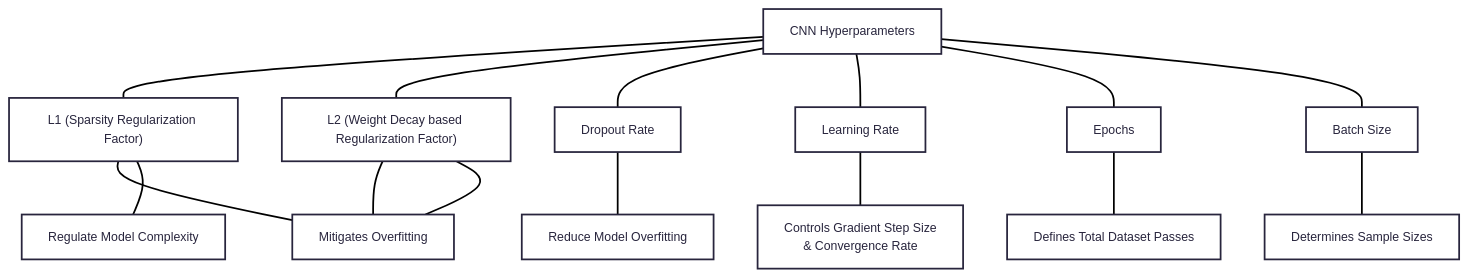
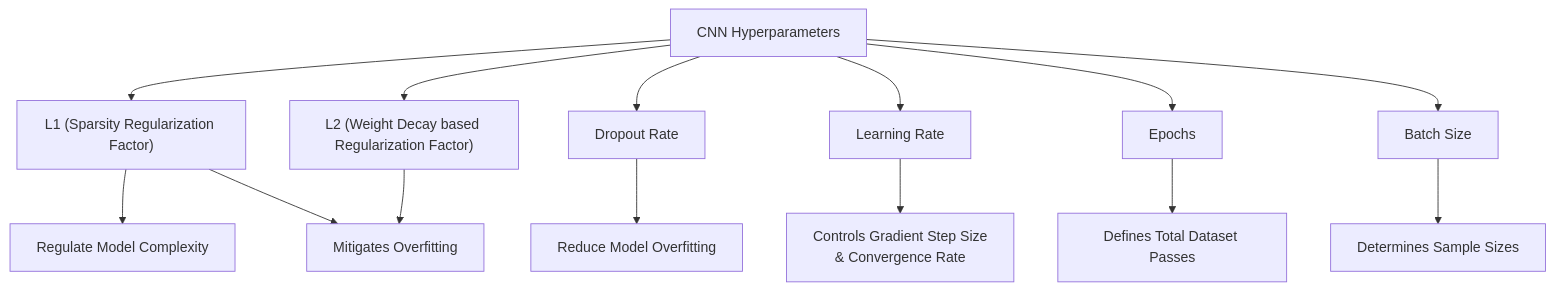
The diagram in Diagrams/CNN Hyperparameters.mmd (bruzz-bruzz/A-Review-on-Convolutional-Neural-Networks-CNN-in-Skin-Cancer-Diagnosis), drawn with Mermaid before and after one commit. The commit also changed 6 other files, not shown here.

```diff
--- a/Diagrams/CNN Hyperparameters.mmd
+++ b/Diagrams/CNN Hyperparameters.mmd
@@ -1,12 +1,15 @@
----
-config:
-  theme: redux
----
-flowchart TB
-    Root["CNN Hyperparameters"] --- A["L1 (Sparsity Regularization Factor)"] & B["L2 (Weight Decay based Regularization Factor)"] & C["Dropout Rate"] & D["Learning Rate"] & E["Epochs"] & F["Batch Size"]
-    A --- G["Mitigates Overfitting"] & H["Regulate Model Complexity"]
-    B --- G & G
-    F --- I["Determines Sample Sizes"]
-    C --- K["Reduce Model Overfitting"]
-    D --- L["Controls Gradient Step Size<br>& Convergence Rate"]
-    E --- P["Defines Total Dataset Passes"]
+graph TD
+    Root["CNN Hyperparameters"] --> L1["L1 (Sparsity Regularization Factor)"]
+    Root --> L2["L2 (Weight Decay based Regularization Factor)"]
+    Root --> Dropout["Dropout Rate"]
+    Root --> LR["Learning Rate"]
+    Root --> Epochs["Epochs"]
+    Root --> Batch["Batch Size"]
+
+    L1 --> Regulate["Regulate Model Complexity"]
+    L1 --> Mitigate["Mitigates Overfitting"]
+    L2 --> Mitigate
+    Dropout --> Reduce["Reduce Model Overfitting"]
+    LR --> Controls["Controls Gradient Step Size<br>& Convergence Rate"]
+    Epochs --> Defines["Defines Total Dataset Passes"]
+    Batch --> Determines["Determines Sample Sizes"]
```
